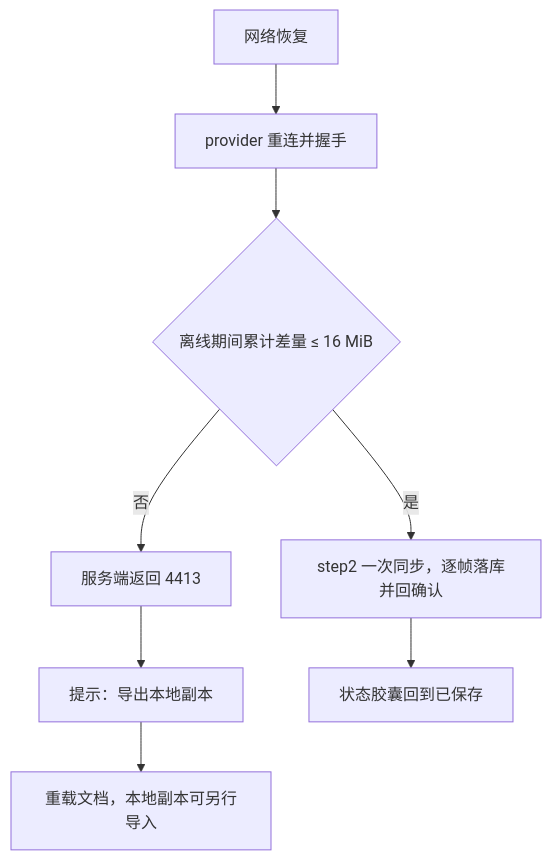
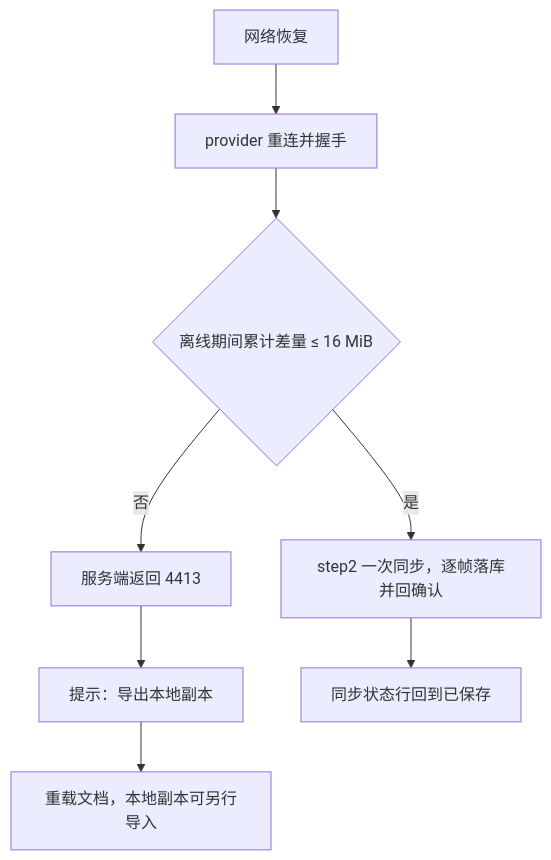
Diagram 28 of 35 in docs/50-frontend/18-editor-capabilities.md (Xeonice/cordis-ppt-editor), drawn with Mermaid before and after one commit. The commit also changed other lines of this file and 25 other files, not shown here.

````diff
--- a/docs/50-frontend/18-editor-capabilities.md
+++ b/docs/50-frontend/18-editor-capabilities.md
@@ -1226,10 +1244,10 @@
 ```mermaid
 flowchart TB
   back["网络恢复"] --> reconnect["provider 重连并握手"]
   reconnect --> step2{"离线期间累计差量 ≤ 16 MiB"}
   step2 -->|"是"| sync["step2 一次同步，逐帧落库并回确认"]
   step2 -->|"否"| e4413["服务端返回 4413"]
   e4413 --> export["提示：导出本地副本"]
   export --> reload["重载文档，本地副本可另行导入"]
-  sync --> done["状态胶囊回到已保存"]
+  sync --> done["同步状态行回到已保存"]
 ```
````
